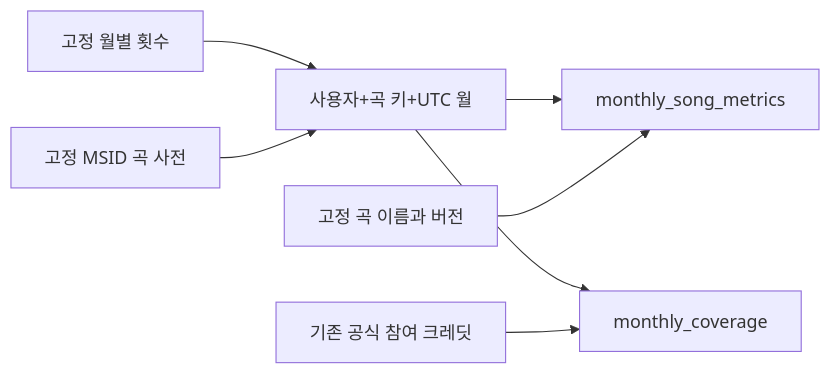
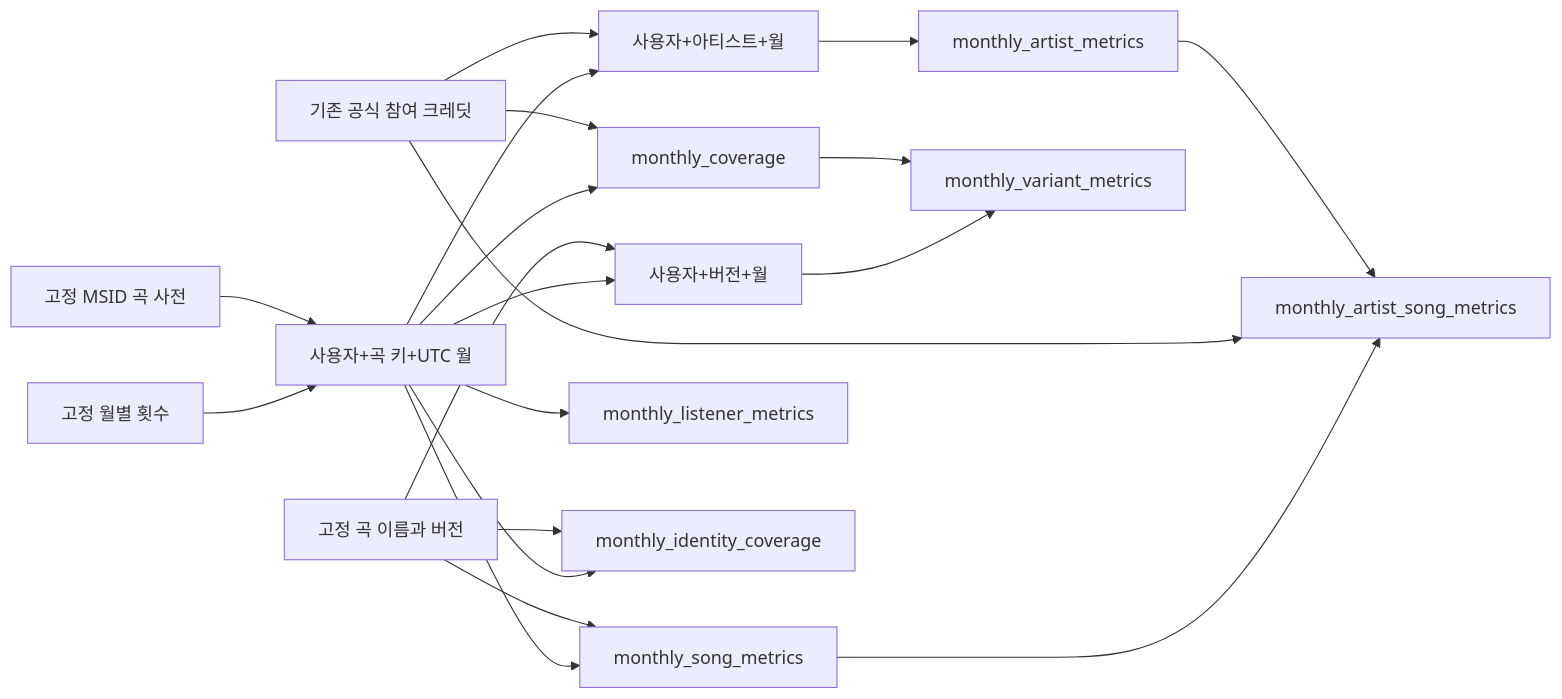
Before and after one commit to prgmd/flux: the diagram in docs/dbt_pilot.md, drawn with Mermaid. The commit also changed other lines of this file and 23 other files, not shown here.

````diff
--- a/docs/dbt_pilot.md
+++ b/docs/dbt_pilot.md
@@ -13,9 +13,22 @@
 ```mermaid
 flowchart LR
   M["고정 월별 횟수"] --> U["사용자+곡 키+UTC 월"]
   D["고정 MSID 곡 사전"] --> U
   U --> S["monthly_song_metrics"]
   L["고정 곡 이름과 버전"] --> S
   U --> C["monthly_coverage"]
   A["기존 공식 참여 크레딧"] --> C
+  U --> UA["사용자+아티스트+월"]
+  A --> UA
+  UA --> AM["monthly_artist_metrics"]
+  S --> AS["monthly_artist_song_metrics"]
+  A --> AS
+  AM --> AS
+  U --> UV["사용자+버전+월"]
+  L --> UV
+  UV --> V["monthly_variant_metrics"]
+  C --> V
+  U --> LM["monthly_listener_metrics"]
+  U --> IC["monthly_identity_coverage"]
+  L --> IC
 ```
````
